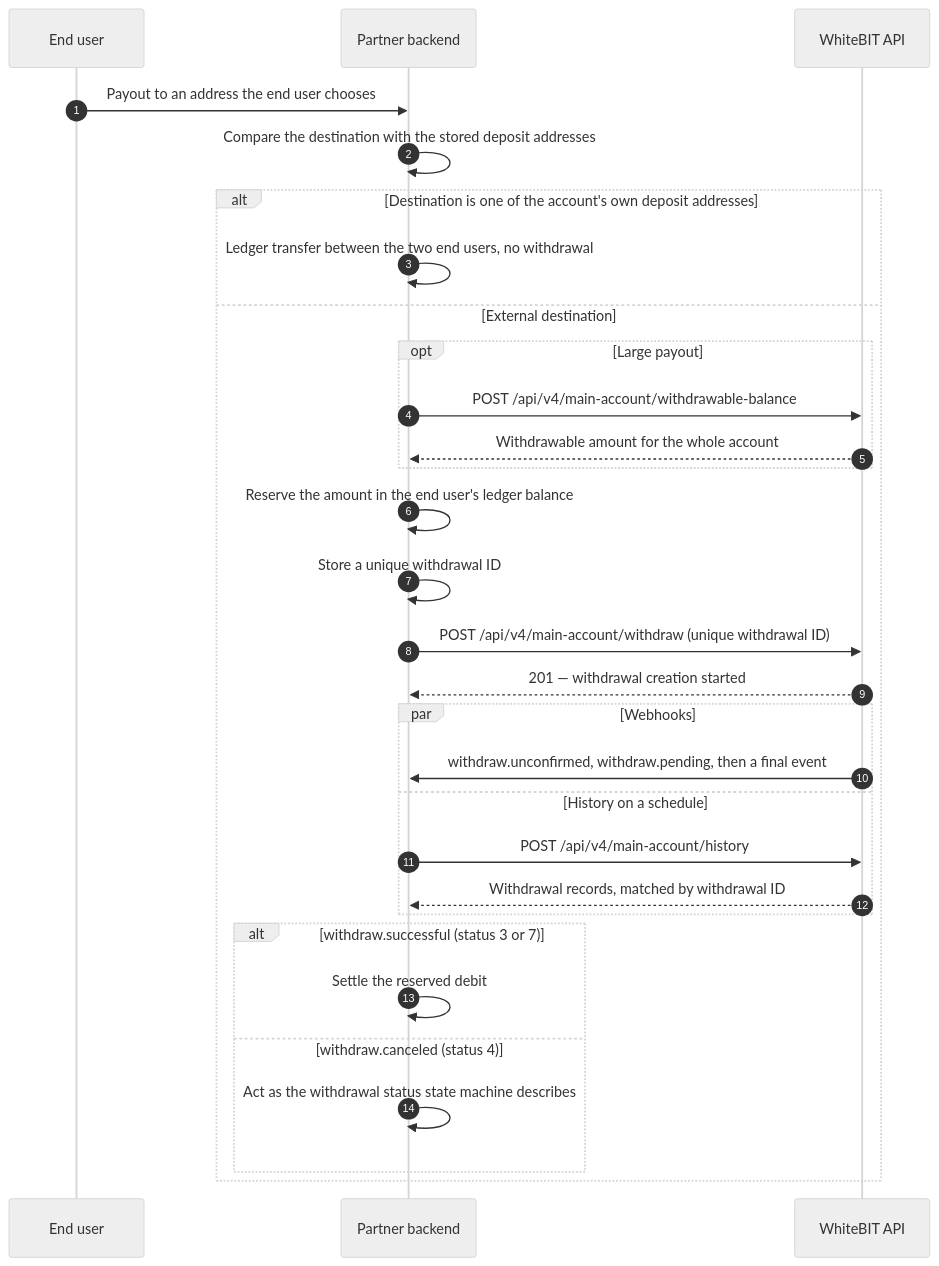
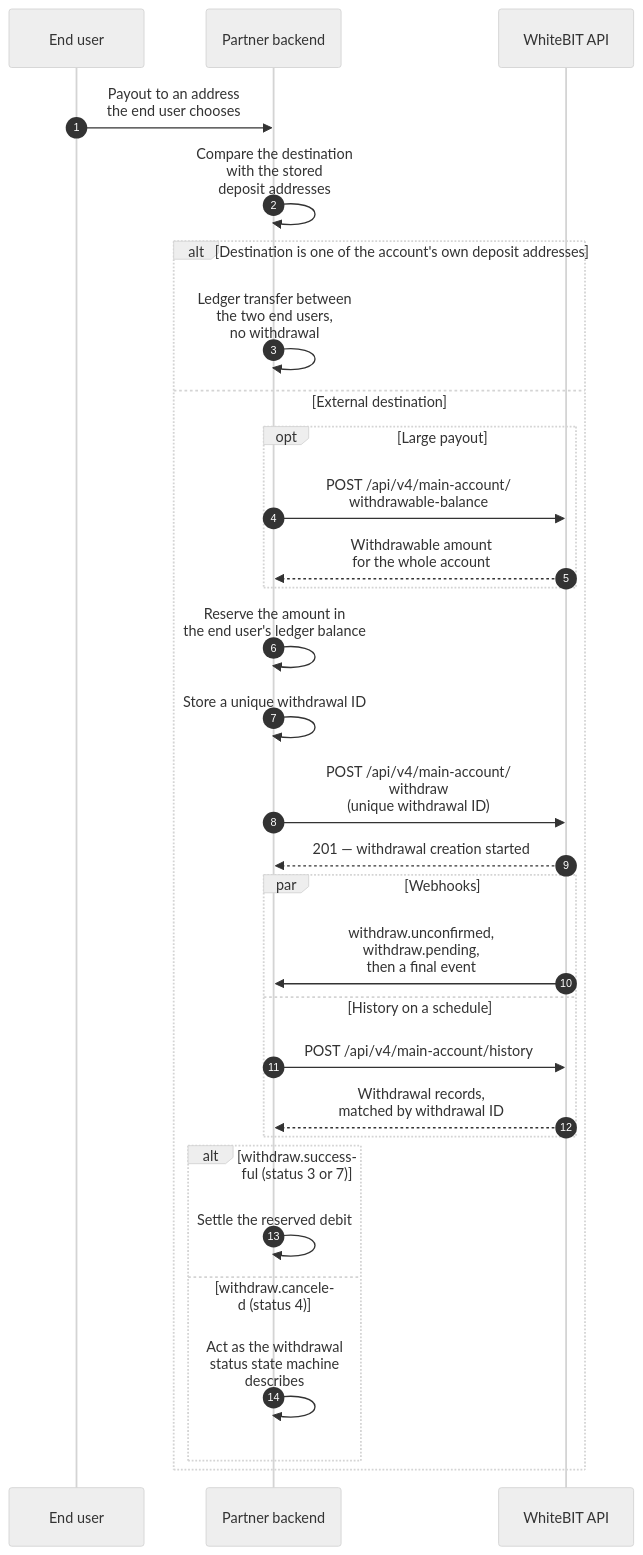
One commit to whitebit-exchange/docs changed the third of 5 diagrams in guides/caas-integration.mdx. Above: the diagram before and after it, drawn with Mermaid (neutral theme). The commit also changed other lines of this file and 4 other files, not shown here.

Commit message:
fix(guide): narrow the branch diagrams to a readable label size

````diff
--- a/guides/caas-integration.mdx
+++ b/guides/caas-integration.mdx
@@ -199,33 +199,33 @@
 ```mermaid
 sequenceDiagram
     autonumber
     participant U as End user
     participant P as Partner backend
     participant W as WhiteBIT API
 
-    U->>P: Payout to an address the end user chooses
-    P->>P: Compare the destination with the stored deposit addresses
+    U->>P: Payout to an address<br/>the end user chooses
+    P->>P: Compare the destination<br/>with the stored<br/>deposit addresses
     alt Destination is one of the account's own deposit addresses
-        P->>P: Ledger transfer between the two end users, no withdrawal
+        P->>P: Ledger transfer between<br/>the two end users,<br/>no withdrawal
     else External destination
         opt Large payout
-            P->>W: POST /api/v4/main-account/withdrawable-balance
-            W-->>P: Withdrawable amount for the whole account
+            P->>W: POST /api/v4/main-account/<br/>withdrawable-balance
+            W-->>P: Withdrawable amount<br/>for the whole account
         end
-        P->>P: Reserve the amount in the end user's ledger balance
+        P->>P: Reserve the amount in<br/>the end user's ledger balance
         P->>P: Store a unique withdrawal ID
-        P->>W: POST /api/v4/main-account/withdraw (unique withdrawal ID)
+        P->>W: POST /api/v4/main-account/<br/>withdraw<br/>(unique withdrawal ID)
         W-->>P: 201 — withdrawal creation started
         par Webhooks
-            W->>P: withdraw.unconfirmed, withdraw.pending, then a final event
+            W->>P: withdraw.unconfirmed,<br/>withdraw.pending,<br/>then a final event
         and History on a schedule
             P->>W: POST /api/v4/main-account/history
-            W-->>P: Withdrawal records, matched by withdrawal ID
+            W-->>P: Withdrawal records,<br/>matched by withdrawal ID
         end
         alt withdraw.successful (status 3 or 7)
             P->>P: Settle the reserved debit
         else withdraw.canceled (status 4)
-            P->>P: Act as the withdrawal status state machine describes
+            P->>P: Act as the withdrawal<br/>status state machine<br/>describes
         end
     end
 ```
````
